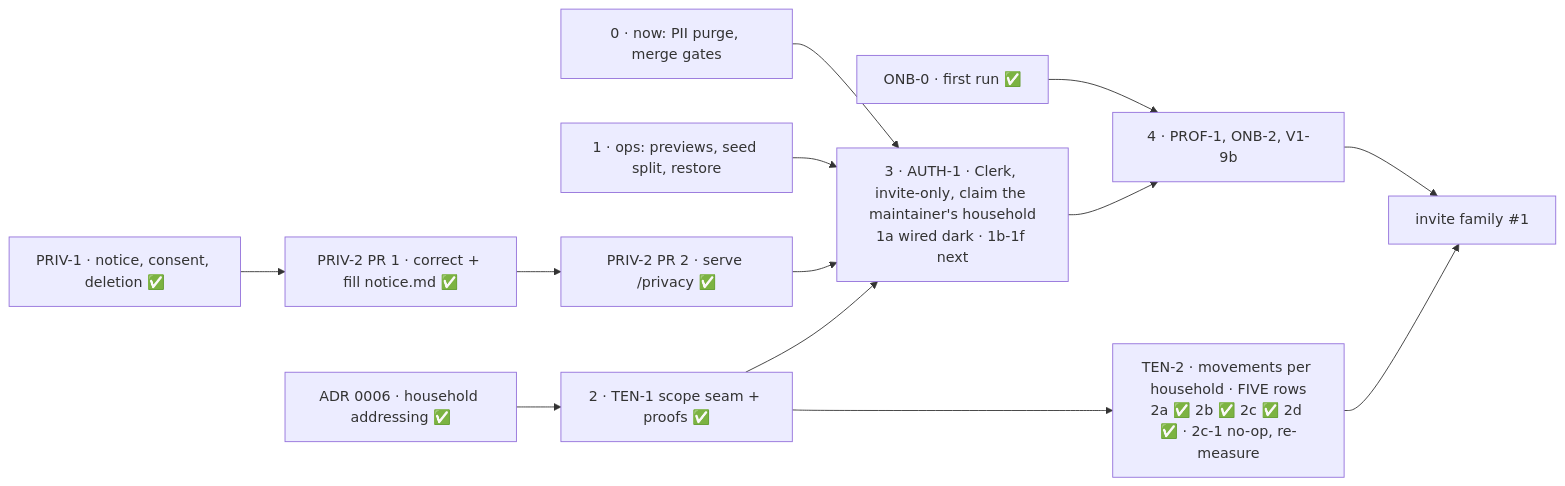
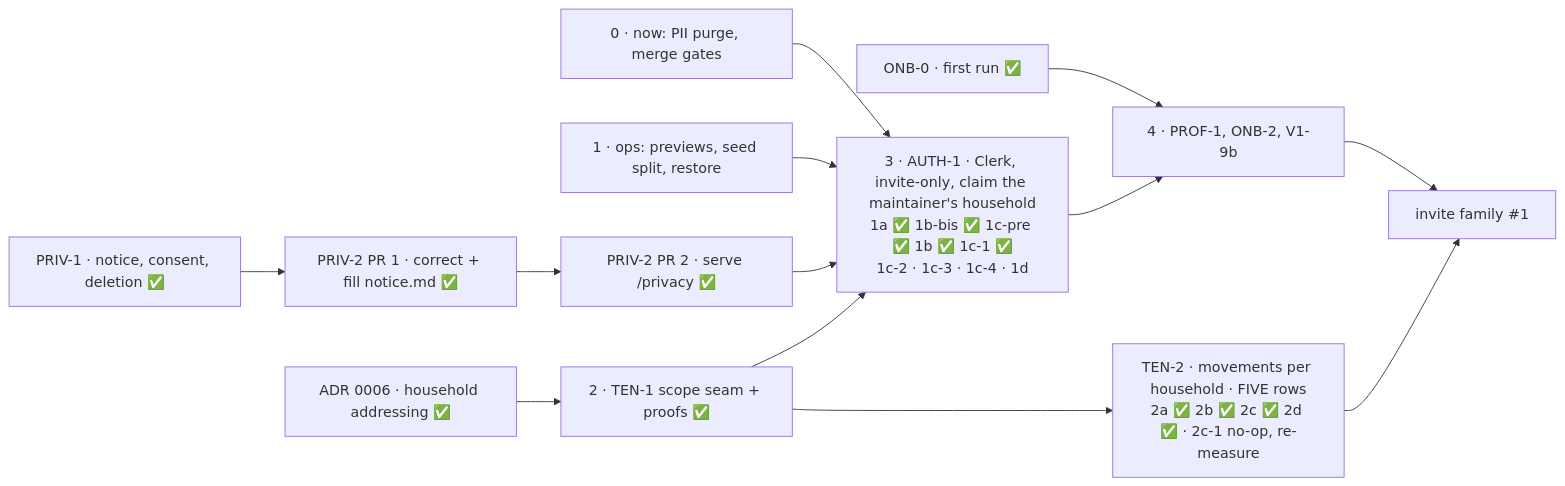
One commit to ralamode/mat-plan changed the diagram in docs/milestones/beta-1.md. Above: the diagram before and after it, drawn with Mermaid. The commit also changed other lines of this file and 17 other files, not shown here.

````diff
--- a/docs/milestones/beta-1.md
+++ b/docs/milestones/beta-1.md
@@ -77,15 +77,15 @@
 ```mermaid
 flowchart LR
   N[0 · now: PII purge, merge gates] --> AU
   O[1 · ops: previews, seed split, restore] --> AU
   ONB[ONB-0 · first run ✅] --> S
   PRIV[PRIV-1 · notice, consent, deletion ✅] --> P1[PRIV-2 PR 1 · correct + fill notice.md ✅]
   P1 --> P2[PRIV-2 PR 2 · serve /privacy ✅]
   P2 --> AU
   C[ADR 0006 · household addressing ✅] --> T[2 · TEN-1 scope seam + proofs ✅]
-  T --> AU[3 · AUTH-1 · Clerk, invite-only, claim the maintainer's household<br/>1a wired dark · 1b-1f next]
+  T --> AU[3 · AUTH-1 · Clerk, invite-only, claim the maintainer's household<br/>1a ✅ 1b-bis ✅ 1c-pre ✅ 1b ✅ 1c-1 ✅<br/>1c-2 · 1c-3 · 1c-4 · 1d]
   T --> T2[TEN-2 · movements per household · FIVE rows<br/>2a ✅ 2b ✅ 2c ✅ 2d ✅ · 2c-1 no-op, re-measure]
   AU --> S[4 · PROF-1, ONB-2, V1-9b]
   S --> I[invite family #1]
   T2 --> I
 ```
````
